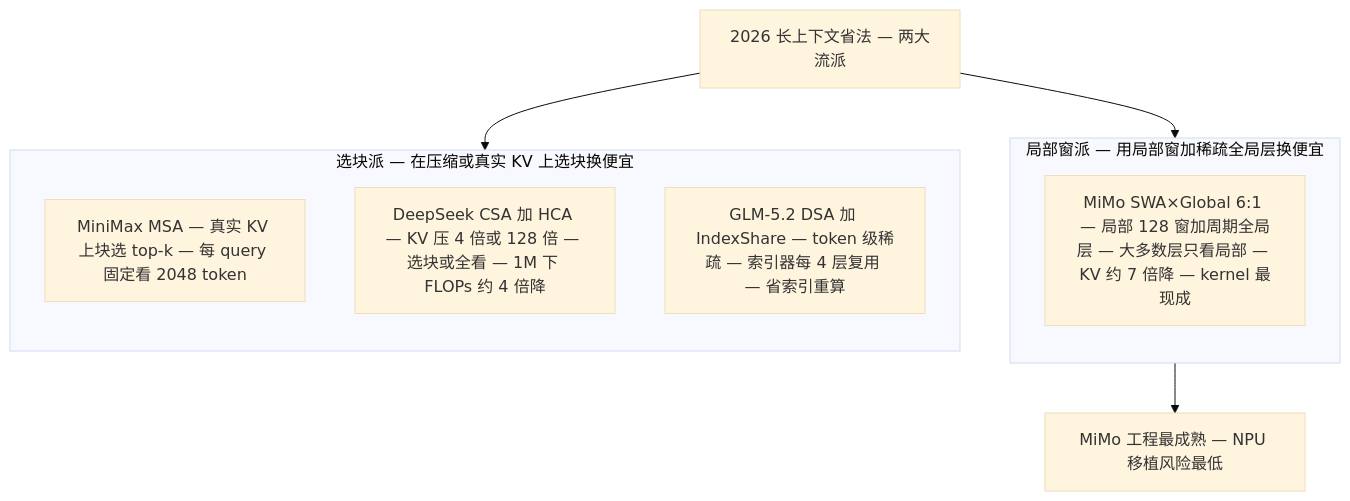
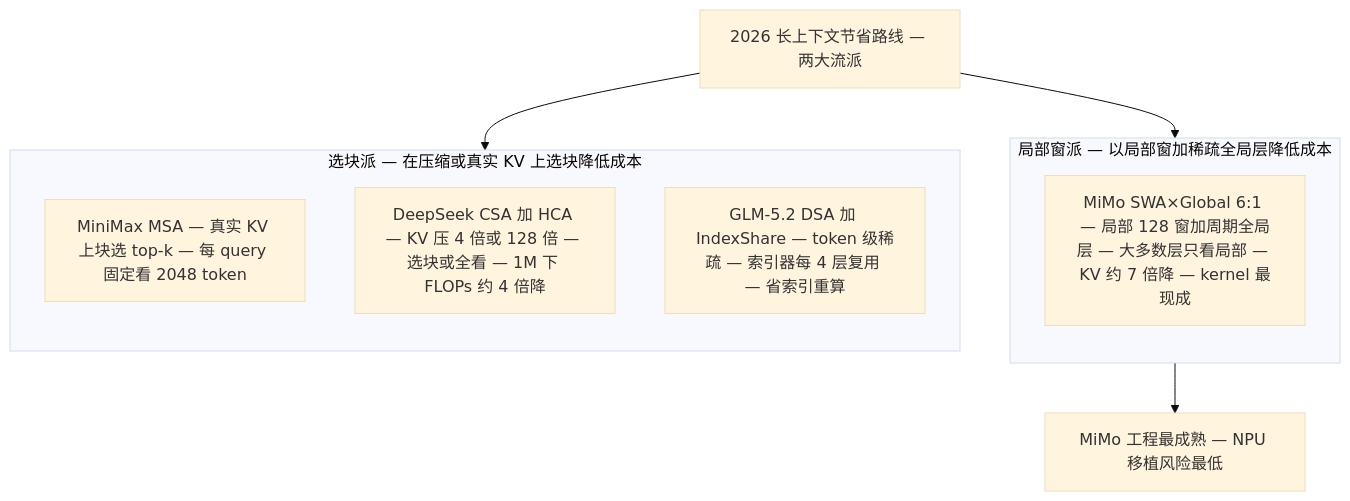
Before and after one commit to lloo099/mission44: the third of 4 diagrams in docs/blog/dispatch-07-mimo-v2-5.md, drawn with Mermaid (base theme). The commit also changed other lines of this file and 24 other files, not shown here.

Commit message:
全站文风统一:29 篇按'专业简洁、去口语化'标准批量修订 — 确定性替换 100 处(崩法→失稳模式/洼地→空白领域/占坑→公开工作/黑箱→未公开/datatype 动物园→谱系/押注→投入/护城河→竞争壁垒 等)+ 8 个编辑 agent 分批逐句精修(D24 单篇 38 处;两轮均遇用量上限中断后续跑完成)+ blog.json 摘要 6 处 + 综述残留 2 处. 术语全站一致化; 29 文件 mermaid 全验证 0 errors; 快照页同步重建

````diff
--- a/docs/blog/dispatch-07-mimo-v2-5.md
+++ b/docs/blog/dispatch-07-mimo-v2-5.md
@@ -92,17 +92,17 @@
 ```mermaid
 flowchart TB
-  ROOT["2026 长上下文省法 — 两大流派"]
-  subgraph LOCAL ["局部窗派 — 用局部窗加稀疏全局层换便宜"]
+  ROOT["2026 长上下文节省路线 — 两大流派"]
+  subgraph LOCAL ["局部窗派 — 以局部窗加稀疏全局层降低成本"]
     direction TB
     MIMO["MiMo SWA×Global 6:1 — 局部 128 窗加周期全局层 — 大多数层只看局部 — KV 约 7 倍降 — kernel 最现成"]
   end
-  subgraph SELECT ["选块派 — 在压缩或真实 KV 上选块换便宜"]
+  subgraph SELECT ["选块派 — 在压缩或真实 KV 上选块降低成本"]
     direction TB
     MINIMAX["MiniMax MSA — 真实 KV 上块选 top-k — 每 query 固定看 2048 token"]
     DEEPSEEK["DeepSeek CSA 加 HCA — KV 压 4 倍或 128 倍 — 选块或全看 — 1M 下 FLOPs 约 4 倍降"]
     GLM["GLM-5.2 DSA 加 IndexShare — token 级稀疏 — 索引器每 4 层复用 — 省索引重算"]
   end
   ROOT --> LOCAL
   ROOT --> SELECT
   LOCAL --> NOTE["MiMo 工程最成熟 — NPU 移植风险最低"]
 ```
````
